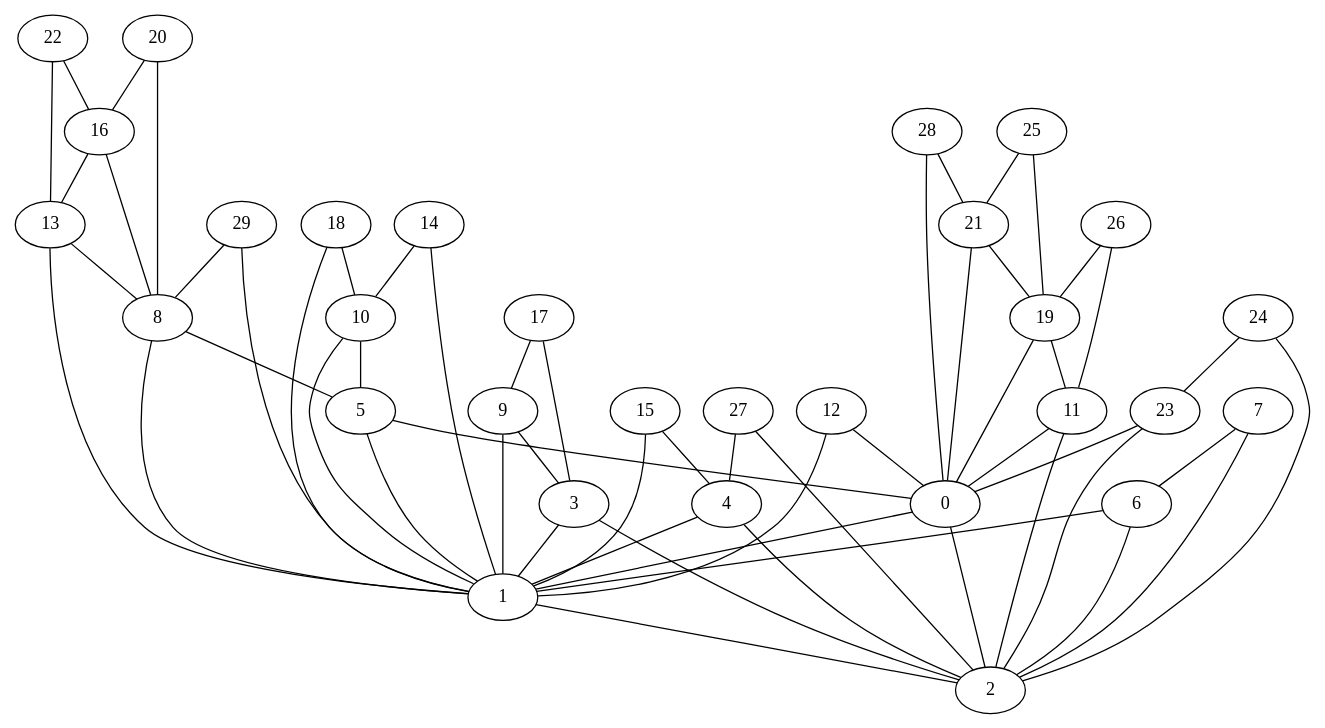
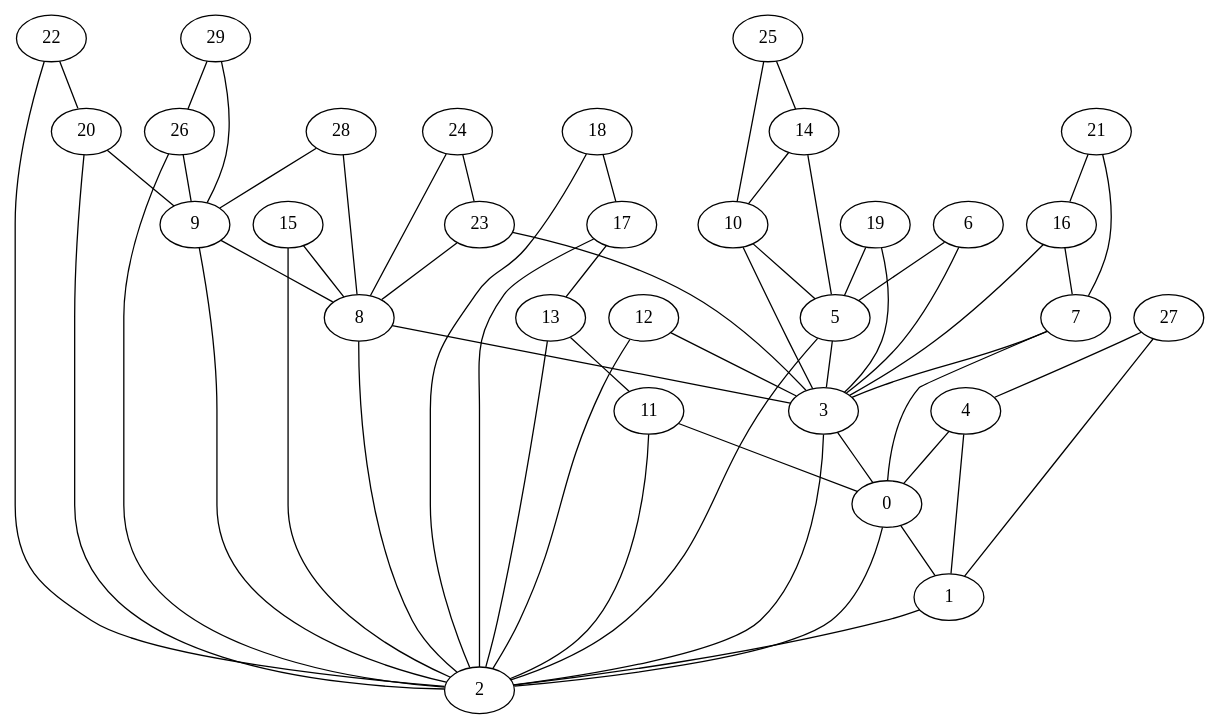
One commit to HugoBec/graph changed the diagram in gv/Dorogovtsev_Mendes_30.gv. Above: the diagram before and after it, drawn with Graphviz. The commit also changed 87 other files, not shown here.

```diff
--- a/gv/Dorogovtsev_Mendes_30.gv
+++ b/gv/Dorogovtsev_Mendes_30.gv
@@ -1,89 +1,89 @@
 graph {
 	0 [label=0]
 	1 [label=1]
 	2 [label=2]
 	3 [label=3]
 	4 [label=4]
 	5 [label=5]
 	6 [label=6]
 	7 [label=7]
 	8 [label=8]
 	9 [label=9]
 	10 [label=10]
 	11 [label=11]
 	12 [label=12]
 	13 [label=13]
 	14 [label=14]
 	15 [label=15]
 	16 [label=16]
 	17 [label=17]
 	18 [label=18]
 	19 [label=19]
 	20 [label=20]
 	21 [label=21]
 	22 [label=22]
 	23 [label=23]
 	24 [label=24]
 	25 [label=25]
 	26 [label=26]
 	27 [label=27]
 	28 [label=28]
 	29 [label=29]
 	0 -- 1
 	1 -- 2
 	2 -- 0
-	3 -- 1
 	3 -- 2
+	3 -- 0
+	4 -- 0
 	4 -- 1
-	4 -- 2
-	5 -- 0
-	5 -- 1
-	6 -- 1
-	6 -- 2
-	7 -- 6
-	7 -- 2
-	8 -- 5
-	8 -- 1
-	9 -- 3
-	9 -- 1
+	5 -- 3
+	5 -- 2
+	6 -- 5
+	6 -- 3
+	7 -- 3
+	7 -- 0
+	8 -- 3
+	8 -- 2
+	9 -- 8
+	9 -- 2
 	10 -- 5
-	10 -- 1
+	10 -- 3
 	11 -- 2
 	11 -- 0
-	12 -- 0
-	12 -- 1
-	13 -- 8
-	13 -- 1
+	12 -- 3
+	12 -- 2
+	13 -- 11
+	13 -- 2
 	14 -- 10
-	14 -- 1
-	15 -- 4
-	15 -- 1
-	16 -- 13
-	16 -- 8
-	17 -- 9
-	17 -- 3
-	18 -- 10
-	18 -- 1
-	19 -- 11
-	19 -- 0
-	20 -- 16
-	20 -- 8
-	21 -- 19
-	21 -- 0
-	22 -- 16
-	22 -- 13
-	23 -- 2
-	23 -- 0
+	14 -- 5
+	15 -- 8
+	15 -- 2
+	16 -- 7
+	16 -- 3
+	17 -- 13
+	17 -- 2
+	18 -- 17
+	18 -- 2
+	19 -- 5
+	19 -- 3
+	20 -- 9
+	20 -- 2
+	21 -- 16
+	21 -- 7
+	22 -- 20
+	22 -- 2
+	23 -- 8
+	23 -- 3
 	24 -- 23
-	24 -- 2
-	25 -- 21
-	25 -- 19
-	26 -- 19
-	26 -- 11
+	24 -- 8
+	25 -- 14
+	25 -- 10
+	26 -- 9
+	26 -- 2
 	27 -- 4
-	27 -- 2
-	28 -- 21
-	28 -- 0
-	29 -- 8
-	29 -- 1
+	27 -- 1
+	28 -- 9
+	28 -- 8
+	29 -- 26
+	29 -- 9
 }
```
